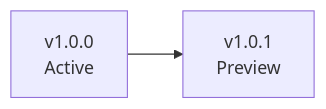
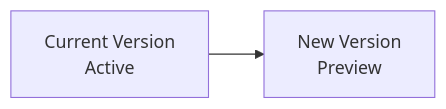
One commit to ahmed-sayed-devops/microservices-platform-gitops changed diagram 16 of 40 in README.md. Above: the diagram before and after it, drawn with Mermaid. The commit also changed other lines of this file and 13 other files, not shown here.

Commit message:
docs: update progressive delivery and platform architecture

````diff
--- a/README.md
+++ b/README.md
@@ -797,7 +770,8 @@
 ```mermaid
 graph LR
-    OLD["v1.0.0<br/>Active"]
-    NEW["v1.0.1<br/>Preview"]
+
+    OLD["Current Version<br/>Active"]
+    NEW["New Version<br/>Preview"]
 
     OLD --> NEW
 ```
````
